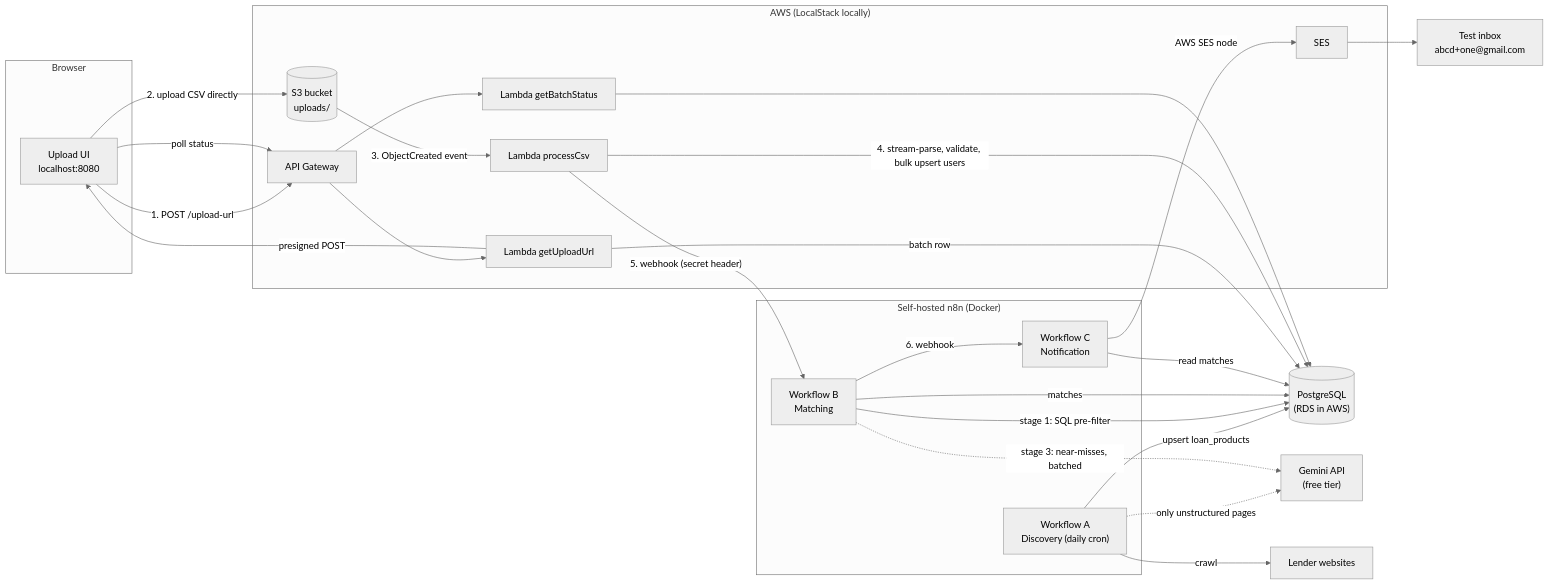
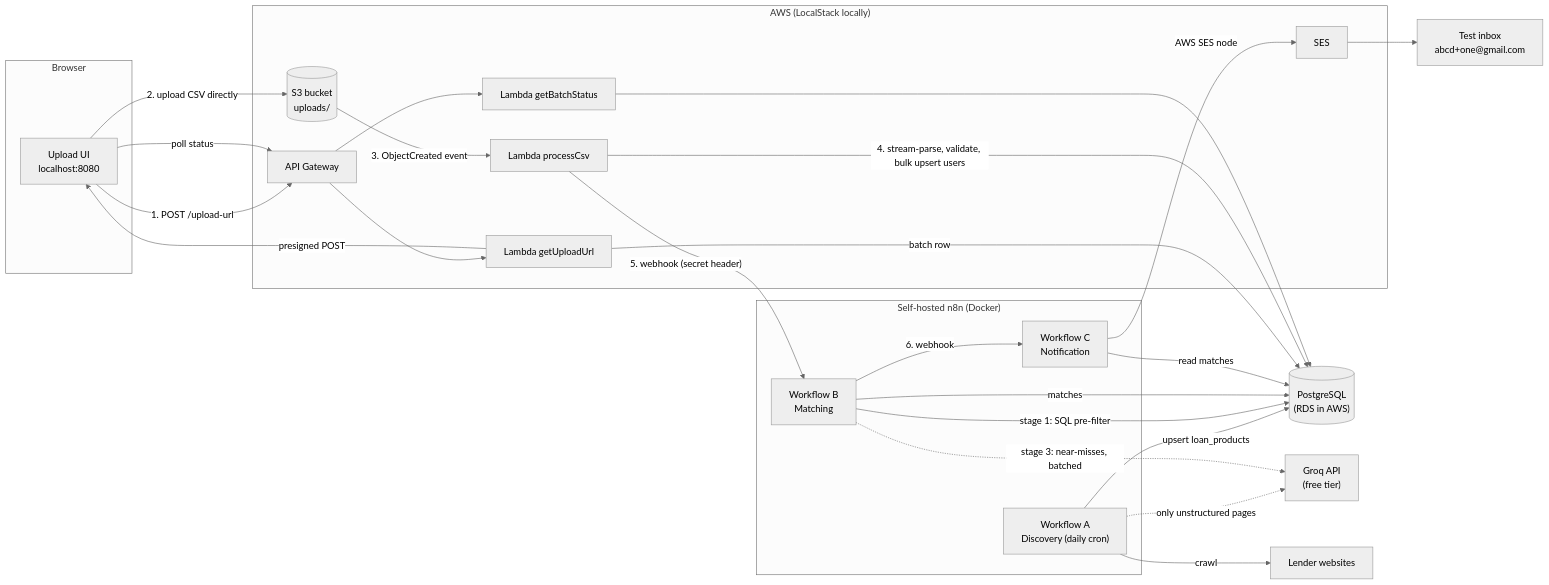
The diagram in README.md (mepavankumar15/loan-eligibility-engine), drawn with Mermaid (neutral theme) before and after one commit. The commit also changed other lines of this file, not shown here.

````diff
--- a/README.md
+++ b/README.md
@@ -14,41 +14,41 @@
 ```mermaid
 flowchart LR
   subgraph Browser
     UI["Upload UI<br/>localhost:8080"]
   end
   subgraph AWS["AWS (LocalStack locally)"]
     APIGW["API Gateway"]
     L1["Lambda getUploadUrl"]
     L3["Lambda getBatchStatus"]
     S3[("S3 bucket<br/>uploads/")]
     L2["Lambda processCsv"]
     SES["SES"]
   end
   PG[("PostgreSQL<br/>(RDS in AWS)")]
   subgraph N8N["Self-hosted n8n (Docker)"]
     WA["Workflow A<br/>Discovery (daily cron)"]
     WB["Workflow B<br/>Matching"]
     WC["Workflow C<br/>Notification"]
   end
-  LLM["Gemini API<br/>(free tier)"]
+  LLM["Groq API<br/>(free tier)"]
   SITES["Lender websites"]
   INBOX["Test inbox<br/>abcd+one@gmail.com"]
 
   UI -- "1. POST /upload-url" --> APIGW --> L1
   L1 -- "batch row" --> PG
   L1 -- "presigned POST" --> UI
   UI -- "2. upload CSV directly" --> S3
   S3 -- "3. ObjectCreated event" --> L2
   L2 -- "4. stream-parse, validate, bulk upsert users" --> PG
   L2 -- "5. webhook (secret header)" --> WB
   UI -- "poll status" --> APIGW --> L3 --> PG
   WA -- "crawl" --> SITES
   WA -. "only unstructured pages" .-> LLM
   WA -- "upsert loan_products" --> PG
   WB -- "stage 1: SQL pre-filter" --> PG
   WB -. "stage 3: near-misses, batched" .-> LLM
   WB -- "matches" --> PG
   WB -- "6. webhook" --> WC
   WC -- "read matches" --> PG
   WC -- "AWS SES node" --> SES --> INBOX
 ```
````
